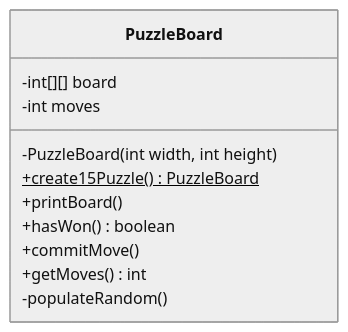
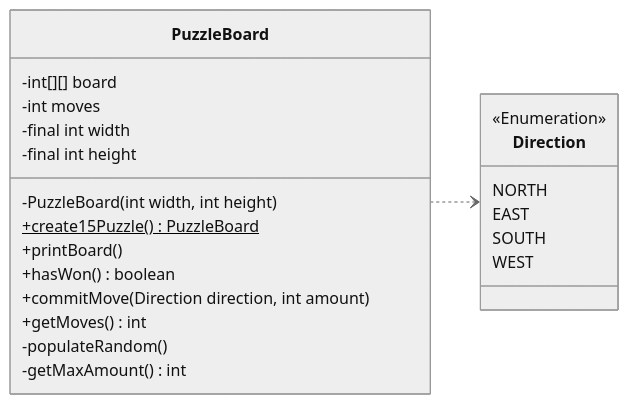
The diagram in README.md (JorritScholten/PlayersGuide), drawn with Mermaid (neutral theme) before and after one commit. The commit also changed 1 other file, not shown here.

Commit message:
expanded uml diagram in README.md

````diff
--- a/README.md
+++ b/README.md
@@ -15,15 +15,26 @@
 ```mermaid
 classDiagram
     direction LR
     class PuzzleBoard {
         -int[][] board
         -int moves
+        -final int width
+        -final int height
         -PuzzleBoard(int width, int height)
         +create15Puzzle()$ PuzzleBoard
         +printBoard()
         +hasWon() boolean
-        +commitMove()
+        +commitMove(Direction direction, int amount)
         +getMoves() int
         -populateRandom()
+        -getMaxAmount() int
     }
+    class `Direction` {
+        <<Enumeration>>
+        NORTH
+        EAST
+        SOUTH
+        WEST
+    }
+    PuzzleBoard ..> `Direction`
 ```
````
